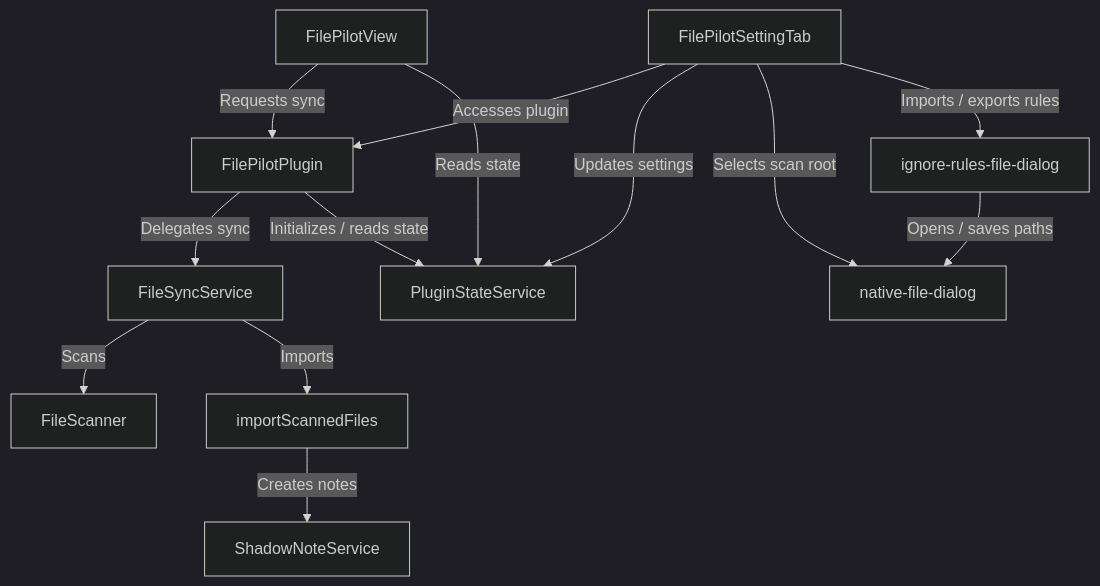
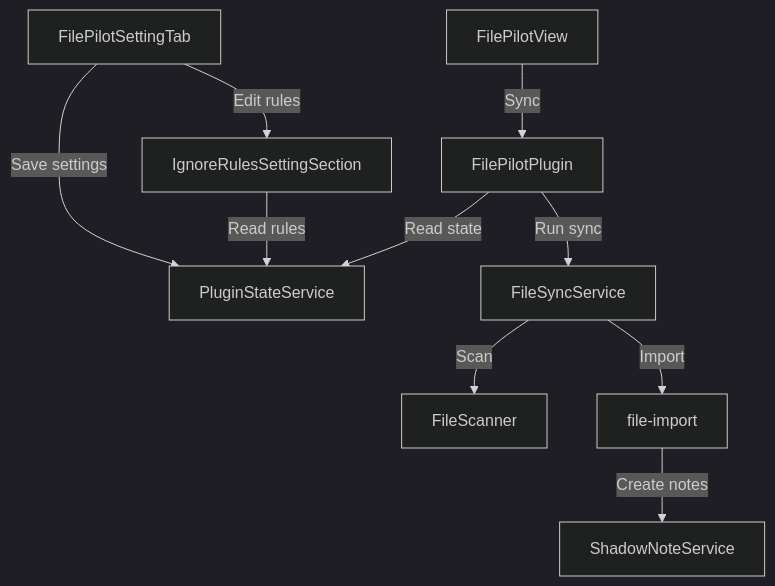
One commit to bdliangxy/file-pilot changed the diagram in docs/architecture.md. Above: the diagram before and after it, drawn with Mermaid (dark theme). The commit also changed 3 other files, not shown here.

Commit message:
refractor:setting tab refractor - With AI assistance, split the ignore module in settings - update the architecture documentation

````diff
--- a/docs/architecture.md
+++ b/docs/architecture.md
@@ -3,15 +3,12 @@
 ```mermaid
 flowchart TD
-    View["FilePilotView"] -->|"Requests sync"| Main["FilePilotPlugin"]
-    View -->|"Reads state"| State["PluginStateService"]
-    Settings["FilePilotSettingTab"] -->|"Accesses plugin"| Main
-    Settings -->|"Updates settings"| State
-    Settings -->|"Selects scan root"| Dialog["native-file-dialog"]
-    Settings -->|"Imports / exports rules"| IgnoreDialog["ignore-rules-file-dialog"]
-    IgnoreDialog -->|"Opens / saves paths"| Dialog
-    Main -->|"Delegates sync"| Sync["FileSyncService"]
-    Main -->|"Initializes / reads state"| State
-    Sync -->|"Scans"| Scanner["FileScanner"]
-    Sync -->|"Imports"| Import["importScannedFiles"]
-    Import -->|"Creates notes"| Shadow["ShadowNoteService"]
+    View["FilePilotView"] -->|"Sync"| Main["FilePilotPlugin"]
+    Settings["FilePilotSettingTab"] -->|"Save settings"| State["PluginStateService"]
+    Settings -->|"Edit rules"| IgnoreSection["IgnoreRulesSettingSection"]
+    IgnoreSection -->|"Read rules"| State
+    Main -->|"Read state"| State
+    Main -->|"Run sync"| Sync["FileSyncService"]
+    Sync -->|"Scan"| Scanner["FileScanner"]
+    Sync -->|"Import"| Import["file-import"]
+    Import -->|"Create notes"| Shadow["ShadowNoteService"]
 ```
````
